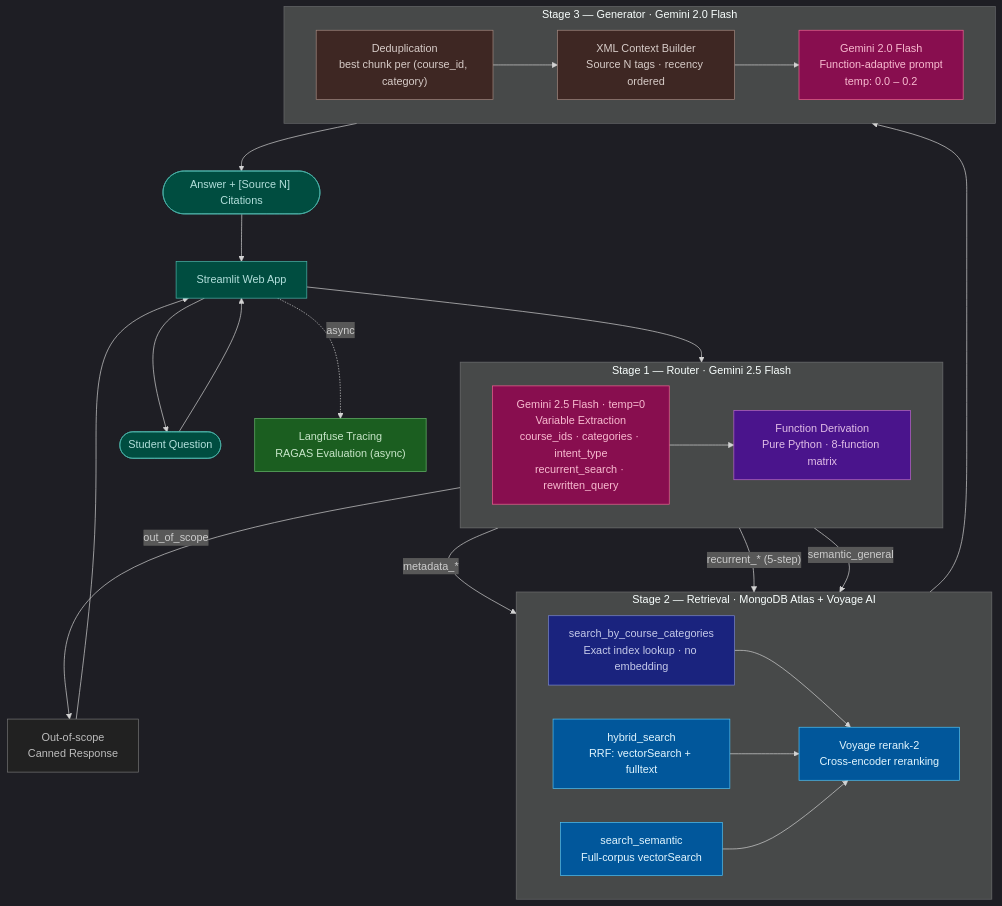
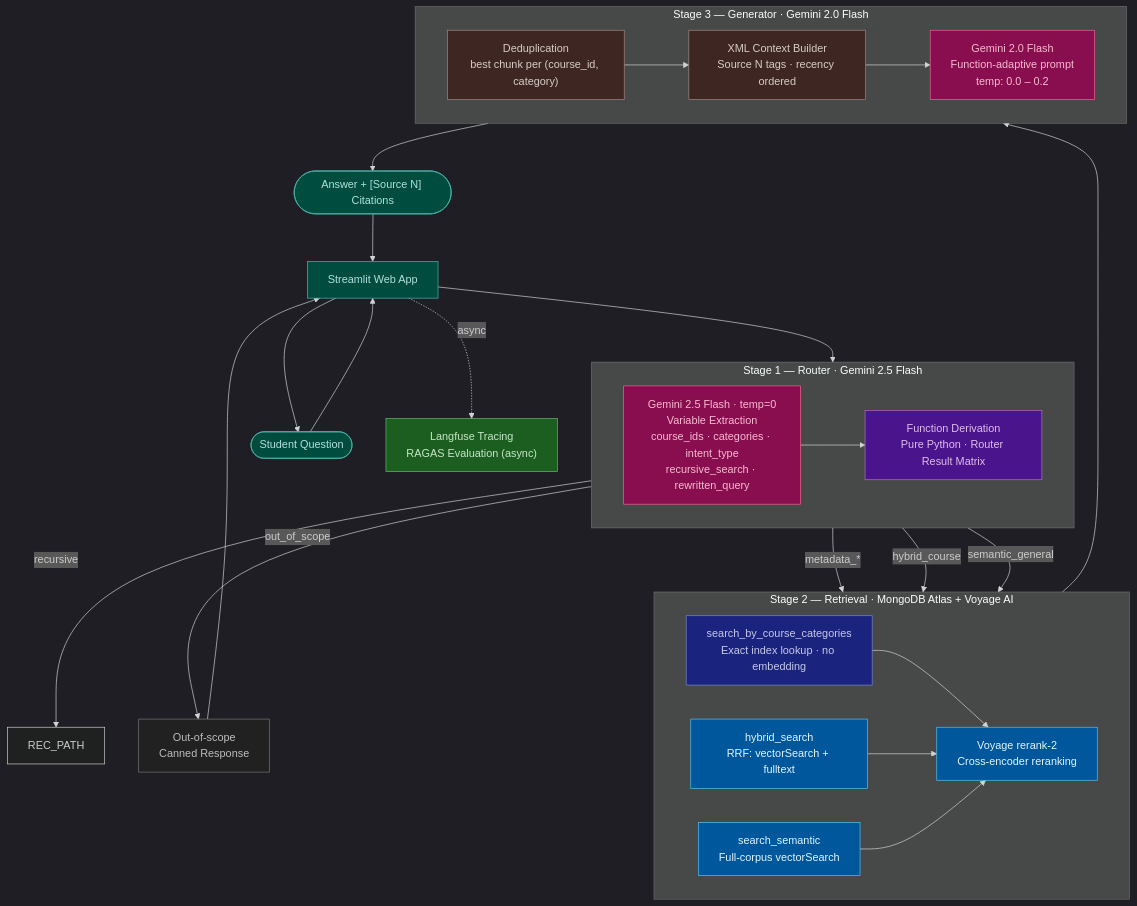
One commit to GMar25/tamubot changed the first of 4 diagrams in README.md. Above: the diagram before and after it, drawn with Mermaid. The commit also changed other lines of this file, not shown here.

````diff
--- a/README.md
+++ b/README.md
@@ -11,64 +11,65 @@
 ```mermaid
 %%{init: {'theme': 'dark', 'flowchart': {'nodeSpacing': 50, 'rankSpacing': 70}}}%%
 flowchart TD
     USR([Student Question])
     APP["Streamlit Web App"]
 
     subgraph STAGE1["Stage 1 — Router · Gemini 2.5 Flash"]
         direction LR
-        R["Gemini 2.5 Flash · temp=0<br/>Variable Extraction<br/>course_ids · categories · intent_type<br/>recurrent_search · rewritten_query"]
-        FD["Function Derivation<br/>Pure Python · 8-function matrix"]
+        R["Gemini 2.5 Flash · temp=0<br/>Variable Extraction<br/>course_ids · categories · intent_type<br/>recursive_search · rewritten_query"]
+        FD["Function Derivation<br/>Pure Python · Router Result Matrix"]
         R --> FD
     end
 
     subgraph STAGE2["Stage 2 — Retrieval · MongoDB Atlas + Voyage AI"]
         direction LR
         META["search_by_course_categories<br/>Exact index lookup · no embedding"]
         HYB["hybrid_search<br/>RRF: vectorSearch + fulltext"]
         SEM["search_semantic<br/>Full-corpus vectorSearch"]
         RRK["Voyage rerank-2<br/>Cross-encoder reranking"]
         META --> RRK
         HYB --> RRK
         SEM --> RRK
     end
 
     subgraph STAGE3["Stage 3 — Generator · Gemini 2.0 Flash"]
         direction LR
         DDP["Deduplication<br/>best chunk per (course_id, category)"]
         CTX["XML Context Builder<br/>Source N tags · recency ordered"]
         GEN["Gemini 2.0 Flash<br/>Function-adaptive prompt<br/>temp: 0.0 – 0.2"]
         DDP --> CTX --> GEN
     end
 
     CANNED["Out-of-scope<br/>Canned Response"]
     OBS["Langfuse Tracing<br/>RAGAS Evaluation (async)"]
     ANS(["Answer + [Source N] Citations"])
 
     USR --> APP --> STAGE1
     FD -->|"metadata_*"| META
-    FD -->|"recurrent_* (5-step)"| HYB
+    FD -->|"recursive"| REC_PATH
+    FD -->|"hybrid_course"| HYB
     FD -->|"semantic_general"| SEM
     FD -->|"out_of_scope"| CANNED --> APP
     RRK --> DDP
     GEN --> ANS --> APP --> USR
     APP -.->|async| OBS
 
     classDef user     fill:#004D40,stroke:#4DB6AC,color:#B2DFDB
     classDef router   fill:#880E4F,stroke:#F06292,color:#F8BBD0
     classDef derive   fill:#4A148C,stroke:#BA68C8,color:#E1BEE7
     classDef canned   fill:#212121,stroke:#757575,color:#BDBDBD
     classDef voyage   fill:#01579B,stroke:#4FC3F7,color:#E1F5FE
     classDef mongo    fill:#1A237E,stroke:#7986CB,color:#C5CAE9
     classDef gen      fill:#880E4F,stroke:#F06292,color:#F8BBD0
     classDef obs      fill:#1B5E20,stroke:#66BB6A,color:#C8E6C9
     classDef mid      fill:#3E2723,stroke:#A1887F,color:#D7CCC8
 
     class USR,APP,ANS user
     class R,GEN router
     class FD derive
     class CANNED canned
     class HYB,SEM,RRK voyage
     class META mongo
     class DDP,CTX mid
     class OBS obs
 ```
````
